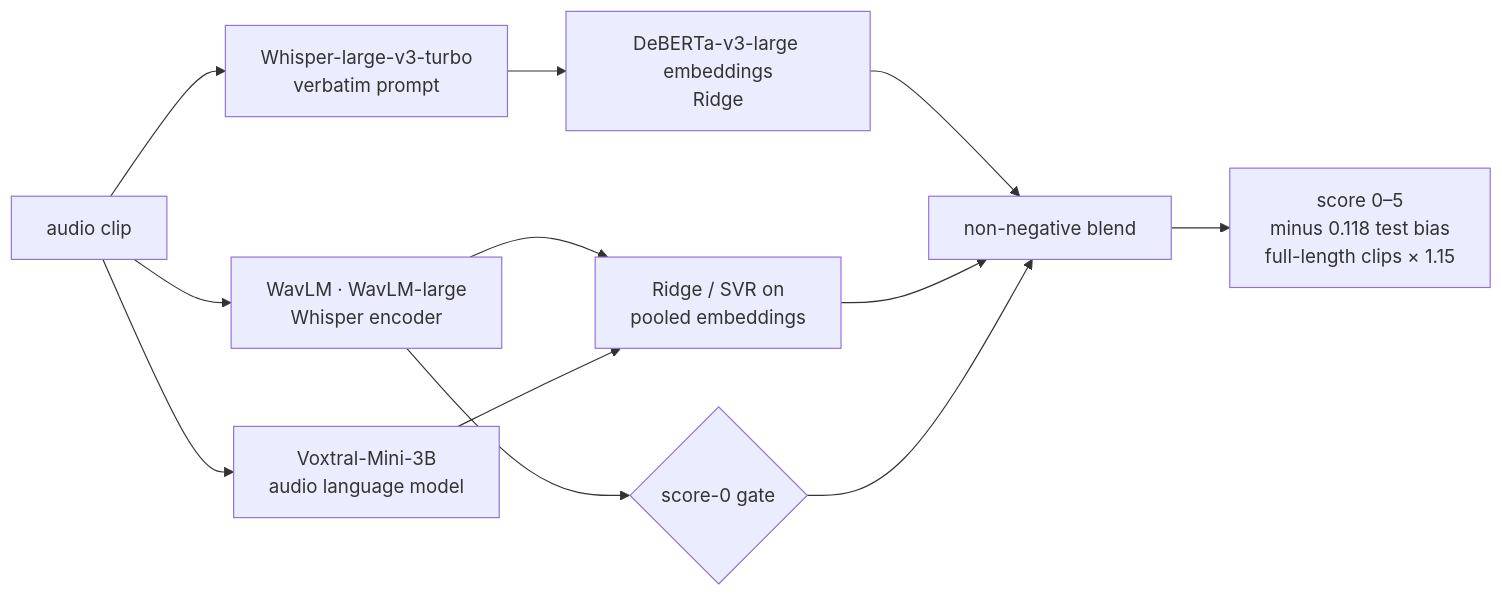
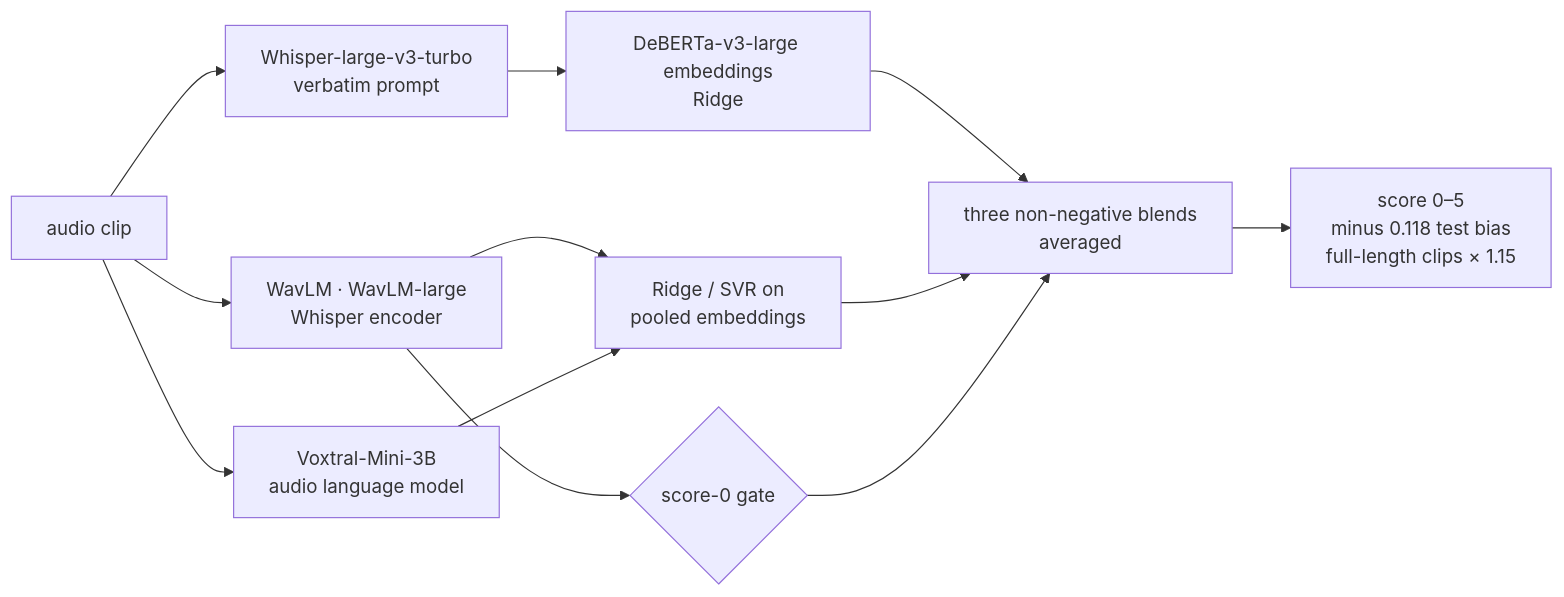
One commit to Techy-A/shl-grammar-scoring changed the diagram in README.md. Above: the diagram before and after it, drawn with Mermaid. The commit also changed other lines of this file and 6 other files, not shown here.

Commit message:
Final model: equal-weight ensemble of three blends (public 0.3195); notebook, README and report updated

````diff
--- a/README.md
+++ b/README.md
@@ -23,13 +23,13 @@
 ```mermaid
 flowchart LR
     A[audio clip] --> W[Whisper-large-v3-turbo<br/>verbatim prompt]
     A --> E[WavLM · WavLM-large<br/>Whisper encoder]
     W --> T2[DeBERTa-v3-large embeddings<br/>Ridge]
     A --> V[Voxtral-Mini-3B<br/>audio language model]
     E --> S[Ridge / SVR on<br/>pooled embeddings]
     V --> S
     E --> G{score-0 gate}
-    T2 & S --> B[non-negative blend]
+    T2 & S --> B[three non-negative blends<br/>averaged]
     G --> B
     B --> P[score 0–5<br/>minus 0.118 test bias<br/>full-length clips × 1.15]
 ```
````
